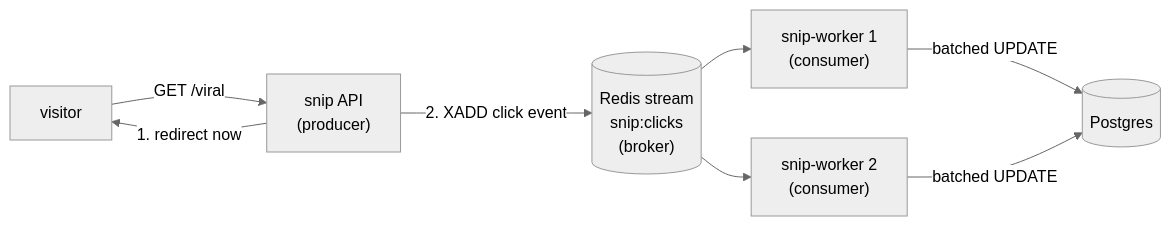
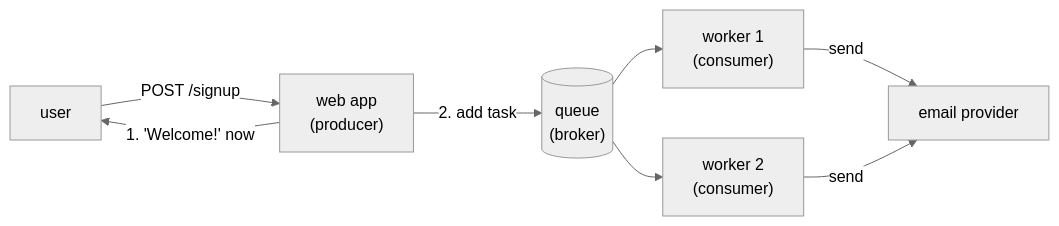
Before and after one commit to jawwadzafar/zero-to-prod: the first of 4 diagrams in docs/distributed/queues-and-background-work.mdx, drawn with Mermaid (neutral theme). The commit also changed other lines of this file, not shown here.

Commit message:
docs: 8.2 teaches queues on a signup-email example and a hands-on redis-cli session (produce, consumer groups, ack, pending, XAUTOCLAIM, delivery counts) before snip's click worker, which now arrives as the payoff; generic outbox example; a diagnostic question on stuck pending messages

````diff
--- a/docs/distributed/queues-and-background-work.mdx
+++ b/docs/distributed/queues-and-background-work.mdx
@@ -30,9 +30,9 @@
 ```mermaid
 flowchart LR
-    V["visitor"] -->|"GET /viral"| API["snip API<br/>(producer)"]
-    API -->|"1. redirect now"| V
-    API -->|"2. XADD click event"| Q[("Redis stream<br/>snip:clicks<br/>(broker)")]
-    Q --> W1["snip-worker 1<br/>(consumer)"]
-    Q --> W2["snip-worker 2<br/>(consumer)"]
-    W1 & W2 -->|"batched UPDATE"| DB[("Postgres")]
+    U["user"] -->|"POST /signup"| API["web app<br/>(producer)"]
+    API -->|"1. 'Welcome!' now"| U
+    API -->|"2. add task"| Q[("queue<br/>(broker)")]
+    Q --> W1["worker 1<br/>(consumer)"]
+    Q --> W2["worker 2<br/>(consumer)"]
+    W1 & W2 -->|"send"| E["email provider"]
 ```
````
